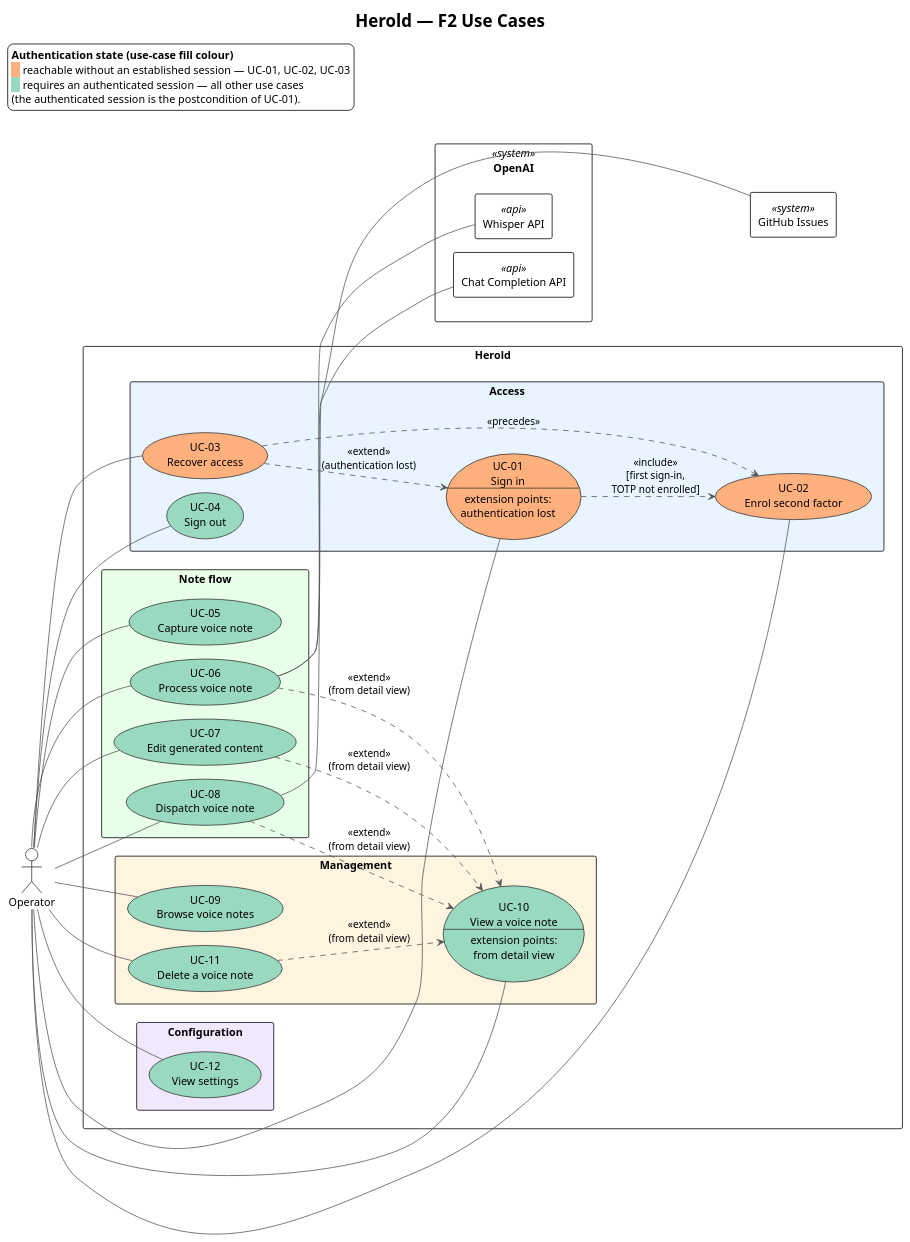
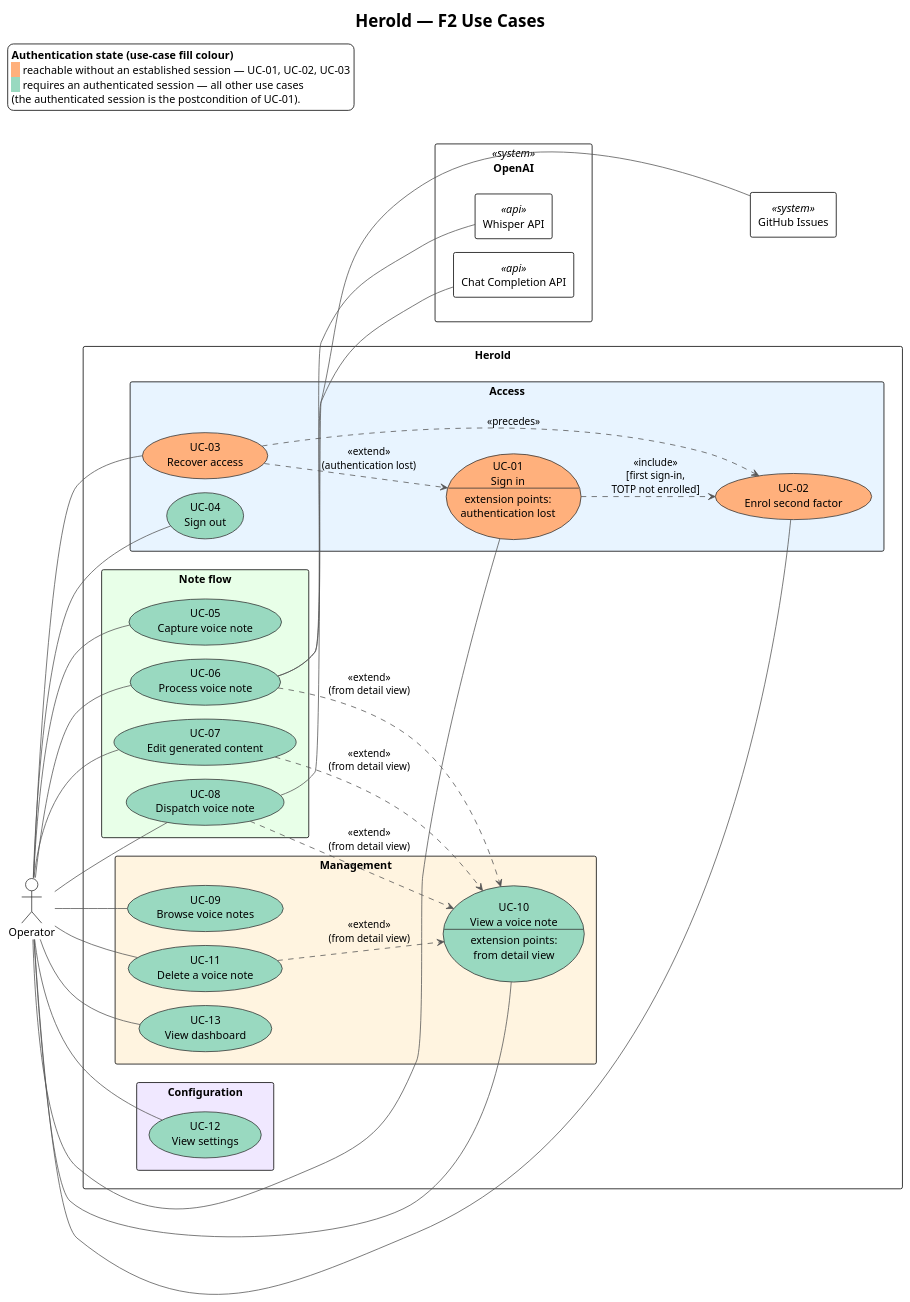
Before and after one commit to carstenlucke/herold: the diagram in docs/spec/diagrams/f2-use-cases.plantuml, drawn with PlantUML. The commit also changed 3 other files, not shown here.

First line of the commit message:
docs(spec): add UC-13 View dashboard, regroup DLG-06 under Management

```diff
--- a/docs/spec/diagrams/f2-use-cases.plantuml
+++ b/docs/spec/diagrams/f2-use-cases.plantuml
@@ -1,115 +1,117 @@
 @startuml f2-use-cases
 !theme plain
 left to right direction
 skinparam packageStyle rectangle
 skinparam shadowing false
 skinparam ArrowColor #555555
 skinparam UsecaseBorderColor #333333
 skinparam UsecaseBackgroundColor #F5F5F5
 skinparam ActorBorderColor #333333
 skinparam nodesep 18
 skinparam ranksep 40
 
 title Herold — F2 Use Cases
 
 ' Primary actor on the left.
 actor "Operator" as OP
 
 rectangle "Herold" as HEROLD {
 
   ' Per-use-case fill colour encodes the authentication state:
   '   #FFB07C — reachable without an established session (UC-01..UC-03)
-  '   #99D9C0 — requires an authenticated session (UC-04..UC-12)
+  '   #99D9C0 — requires an authenticated session (UC-04..UC-13)
   ' Package backgrounds keep encoding the F2 grouping.
 
   package "Access" as ACCESS #E8F4FF {
     usecase "UC-01\nSign in\n--\nextension points:\nauthentication lost" as UC01 #FFB07C
     usecase "UC-02\nEnrol second factor"                                    as UC02 #FFB07C
     usecase "UC-03\nRecover access"                                         as UC03 #FFB07C
     usecase "UC-04\nSign out"                                               as UC04 #99D9C0
   }
 
   package "Note flow" as NOTEFLOW #E8FFE8 {
     usecase "UC-05\nCapture voice note"        as UC05 #99D9C0
     usecase "UC-06\nProcess voice note"        as UC06 #99D9C0
     usecase "UC-07\nEdit generated content"    as UC07 #99D9C0
     usecase "UC-08\nDispatch voice note"       as UC08 #99D9C0
   }
 
   package "Management" as MGMT #FFF4E0 {
     usecase "UC-09\nBrowse voice notes"                                            as UC09 #99D9C0
     usecase "UC-10\nView a voice note\n--\nextension points:\nfrom detail view"    as UC10 #99D9C0
     usecase "UC-11\nDelete a voice note"                                           as UC11 #99D9C0
+    usecase "UC-13\nView dashboard"                                                as UC13 #99D9C0
   }
 
   package "Configuration" as CONFIG #F0E8FF {
     usecase "UC-12\nView settings" as UC12 #99D9C0
   }
 }
 
 ' Supporting external systems on the right, grouped near the use cases
 ' they back. Modelled as «system» nodes (not actors) — they are
 ' non-human participants Herold delegates to. OpenAI is one system
 ' exposing two API endpoints used by Herold.
 rectangle "OpenAI" <<system>> as OPENAI {
   rectangle "Whisper API"         <<api>> as WHISPER
   rectangle "Chat Completion API" <<api>> as CHAT
 }
 rectangle "GitHub Issues" <<system>> as GH
 
 ' Primary actor — one association per use case.
 OP -- UC01
 OP -- UC02
 OP -- UC03
 OP -- UC04
 OP -- UC05
 OP -- UC06
 OP -- UC07
 OP -- UC08
 OP -- UC09
 OP -- UC10
 OP -- UC11
 OP -- UC12
+OP -- UC13
 
 ' Supporting external systems.
 UC06 -- WHISPER
 UC06 -- CHAT
 UC08 -- GH
 
 ' Use-case relationships extracted from F2.
 ' UC-10 is the typical entry point for these (UC-10 postcondition);
 ' UC-07 step 1 explicitly opens the detail view, the others enter from it.
 UC06 ..> UC10 : <<extend>>\n(from detail view)
 UC07 ..> UC10 : <<extend>>\n(from detail view)
 UC08 ..> UC10 : <<extend>>\n(from detail view)
 UC11 ..> UC10 : <<extend>>\n(from detail view)
 
 ' Recovery is the pivot when UC-01 cannot succeed (UC-01 exception).
 UC03 ..> UC01 : <<extend>>\n(authentication lost)
 
 ' Enrolment runs inline inside UC-01 on the first sign-in (UC-01 main
 ' scenario step 4) and is required again after a recovery (UC-03
 ' postcondition).
 UC01 ..> UC02 : <<include>>\n[first sign-in,\nTOTP not enrolled]
 UC03 ..> UC02 : <<precedes>>
 
 ' Layout hint: stack OpenAI above GitHub Issues so the two external
 ' systems form a single column on the right edge of the diagram.
 ' Everything else is left to Graphviz — the section ordering inside
 ' Herold falls out naturally from the include/extend edges into UC-10.
 OPENAI -[hidden]down- GH
 
 ' System-wide precondition (cheaper than drawing 9 <<precedes>> edges
 ' from UC-01 into the Note flow, Management and Configuration sections).
 ' Rendered as a positioned legend so it lands in the empty top-left
 ' corner of the canvas, next to the OpenAI/GitHub Issues column, rather
 ' than as a `note ... of HEROLD` whose connector line would wrap around
 ' the diagram.
 legend top left
   **Authentication state (use-case fill colour)**
   <back:#FFB07C>   </back> reachable without an established session — UC-01, UC-02, UC-03
   <back:#99D9C0>   </back> requires an authenticated session — all other use cases
   (the authenticated session is the postcondition of UC-01).
 end legend
 
 @enduml
```
